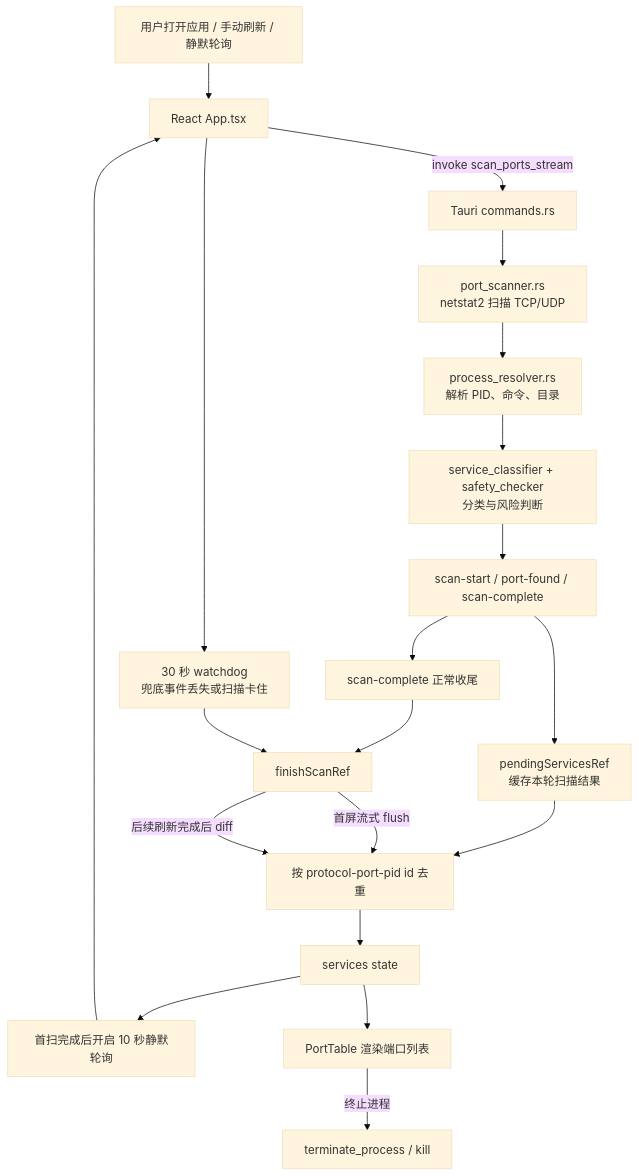
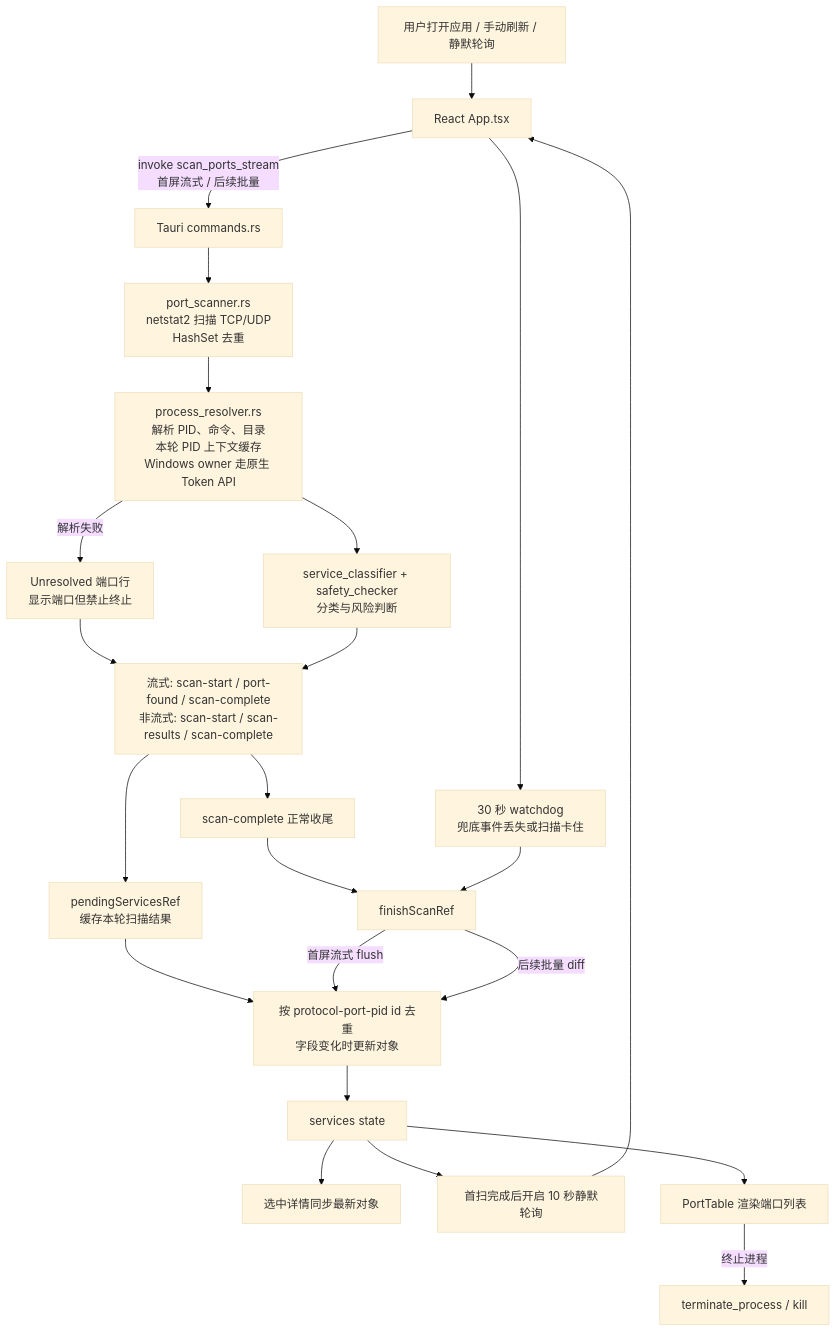
Before and after one commit to soBigRice/port-guardian: the diagram in README.md, drawn with Mermaid (base theme). The commit also changed other lines of this file and 15 other files, not shown here.

````diff
--- a/README.md
+++ b/README.md
@@ -135,22 +135,25 @@
 ```mermaid
 flowchart TD
   User["用户打开应用 / 手动刷新 / 静默轮询"] --> App["React App.tsx"]
-  App -->|"invoke scan_ports_stream"| Commands["Tauri commands.rs"]
-  Commands --> Scanner["port_scanner.rs<br/>netstat2 扫描 TCP/UDP"]
-  Scanner --> Resolver["process_resolver.rs<br/>解析 PID、命令、目录"]
+  App -->|"invoke scan_ports_stream<br/>首屏流式 / 后续批量"| Commands["Tauri commands.rs"]
+  Commands --> Scanner["port_scanner.rs<br/>netstat2 扫描 TCP/UDP<br/>HashSet 去重"]
+  Scanner --> Resolver["process_resolver.rs<br/>解析 PID、命令、目录<br/>本轮 PID 上下文缓存<br/>Windows owner 走原生 Token API"]
   Resolver --> Classifier["service_classifier + safety_checker<br/>分类与风险判断"]
-  Classifier --> Events["scan-start / port-found / scan-complete"]
+  Resolver -->|"解析失败"| Unresolved["Unresolved 端口行<br/>显示端口但禁止终止"]
+  Unresolved --> Events
+  Classifier --> Events["流式: scan-start / port-found / scan-complete<br/>非流式: scan-start / scan-results / scan-complete"]
   Events --> Pending["pendingServicesRef<br/>缓存本轮扫描结果"]
   Events --> Complete["scan-complete 正常收尾"]
   App --> Watchdog["30 秒 watchdog<br/>兜底事件丢失或扫描卡住"]
   Complete --> Finish["finishScanRef"]
   Watchdog --> Finish
-  Pending --> Dedupe["按 protocol-port-pid id 去重"]
+  Pending --> Dedupe["按 protocol-port-pid id 去重<br/>字段变化时更新对象"]
   Finish -->|"首屏流式 flush"| Dedupe
-  Finish -->|"后续刷新完成后 diff"| Dedupe
+  Finish -->|"后续批量 diff"| Dedupe
   Dedupe --> Services["services state"]
+  Services --> DetailSync["选中详情同步最新对象"]
   Services --> Polling["首扫完成后开启 10 秒静默轮询"]
   Polling --> App
   Services --> Table["PortTable 渲染端口列表"]
   Table -->|"终止进程"| Terminator["terminate_process / kill"]
 ```
````
